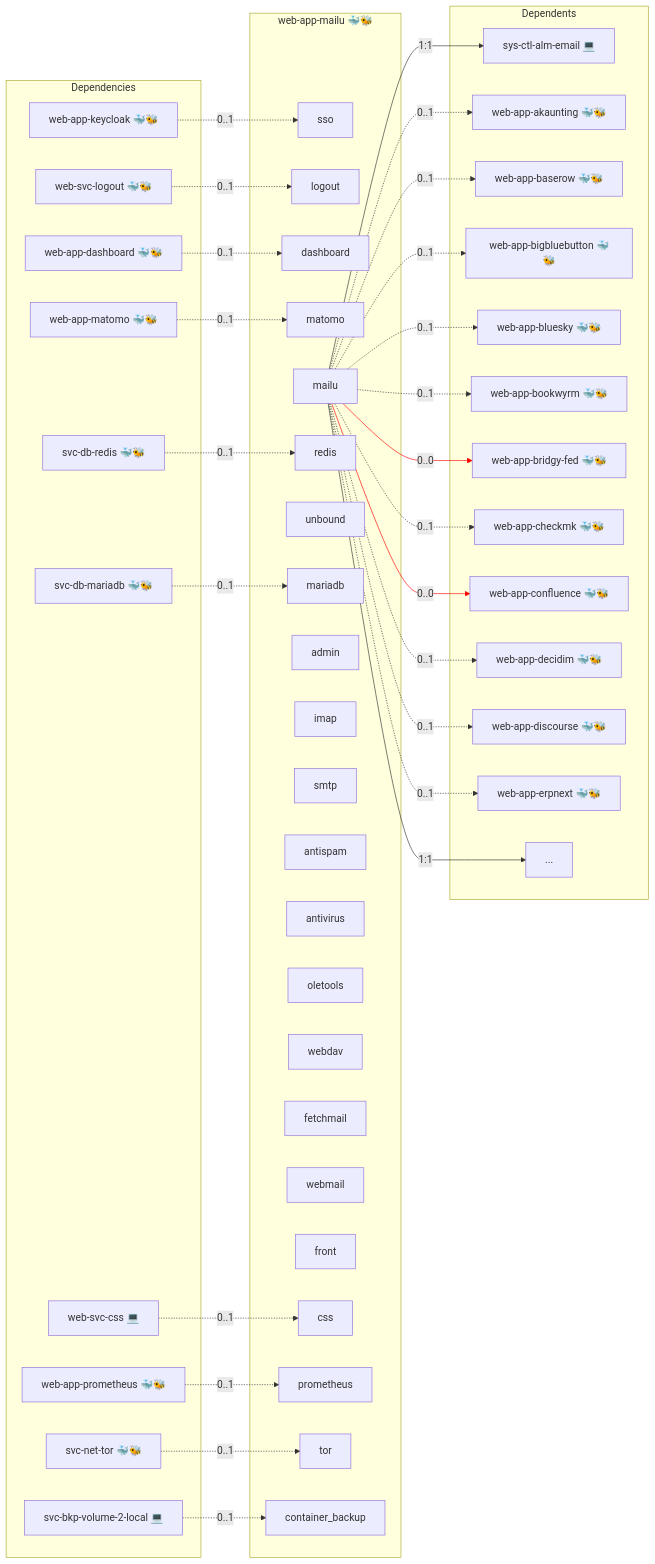
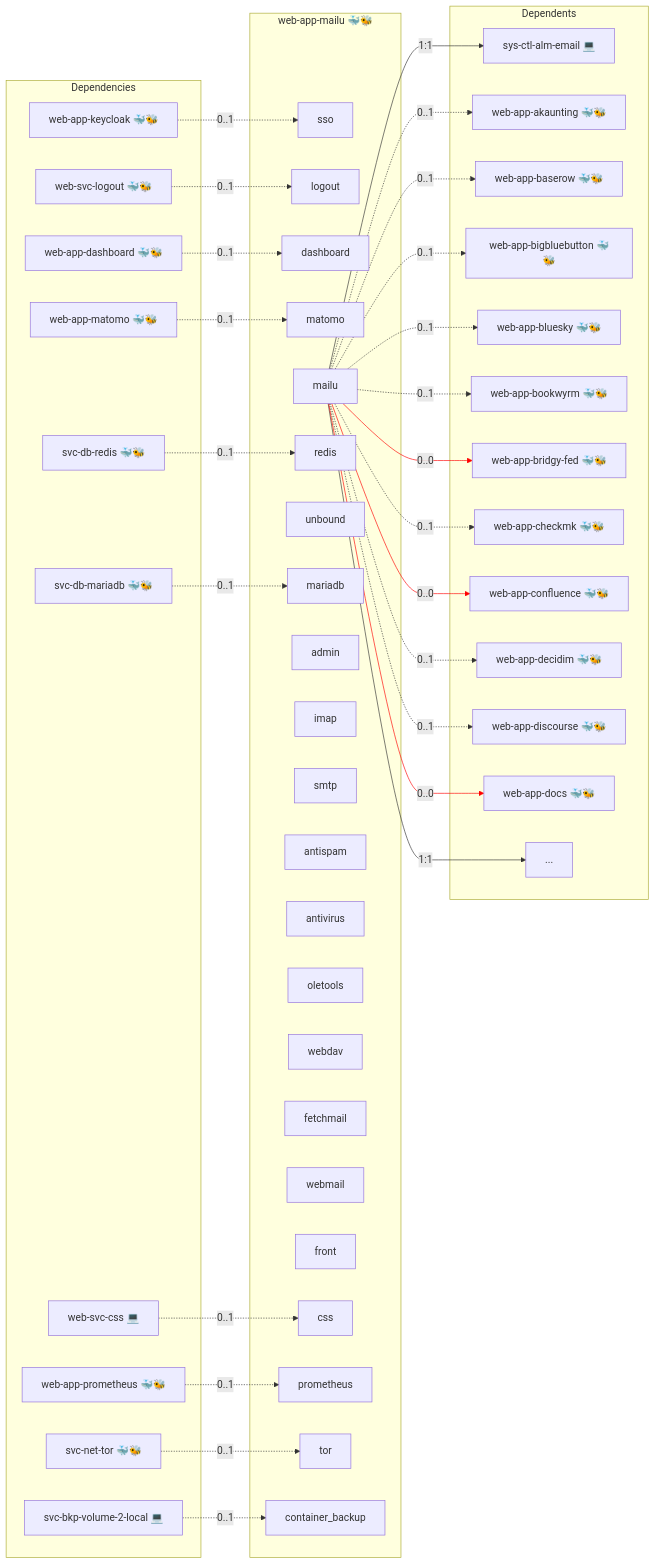
The diagram in roles/web-app-mailu/README.md (infinito-nexus/core), drawn with Mermaid before and after one commit. The commit also changed 83 other files, not shown here.

````diff
--- a/roles/web-app-mailu/README.md
+++ b/roles/web-app-mailu/README.md
@@ -20,78 +20,78 @@
 ```mermaid
 flowchart LR
     subgraph deps [Dependencies]
         dep_svc_bkp_volume_2_local["svc-bkp-volume-2-local 💻"]
         dep_svc_db_mariadb["svc-db-mariadb 🐳🐝"]
         dep_svc_db_redis["svc-db-redis 🐳🐝"]
         dep_svc_net_tor["svc-net-tor 🐳🐝"]
         dep_web_app_dashboard["web-app-dashboard 🐳🐝"]
         dep_web_app_keycloak["web-app-keycloak 🐳🐝"]
         dep_web_app_matomo["web-app-matomo 🐳🐝"]
         dep_web_app_prometheus["web-app-prometheus 🐳🐝"]
         dep_web_svc_css["web-svc-css 💻"]
         dep_web_svc_logout["web-svc-logout 🐳🐝"]
     end
     subgraph role [web-app-mailu 🐳🐝]
         svc_sso["sso"]
         svc_logout["logout"]
         svc_dashboard["dashboard"]
         svc_matomo["matomo"]
         svc_mailu["mailu"]
         svc_redis["redis"]
         svc_unbound["unbound"]
         svc_mariadb["mariadb"]
         svc_admin["admin"]
         svc_imap["imap"]
         svc_smtp["smtp"]
         svc_antispam["antispam"]
         svc_antivirus["antivirus"]
         svc_oletools["oletools"]
         svc_webdav["webdav"]
         svc_fetchmail["fetchmail"]
         svc_webmail["webmail"]
         svc_front["front"]
         svc_css["css"]
         svc_prometheus["prometheus"]
         svc_tor["tor"]
         svc_container_backup["container_backup"]
     end
     subgraph dependents [Dependents]
         dpt_sys_ctl_alm_email["sys-ctl-alm-email 💻"]
         dpt_web_app_akaunting["web-app-akaunting 🐳🐝"]
         dpt_web_app_baserow["web-app-baserow 🐳🐝"]
         dpt_web_app_bigbluebutton["web-app-bigbluebutton 🐳🐝"]
         dpt_web_app_bluesky["web-app-bluesky 🐳🐝"]
         dpt_web_app_bookwyrm["web-app-bookwyrm 🐳🐝"]
         dpt_web_app_bridgy_fed["web-app-bridgy-fed 🐳🐝"]
         dpt_web_app_checkmk["web-app-checkmk 🐳🐝"]
         dpt_web_app_confluence["web-app-confluence 🐳🐝"]
         dpt_web_app_decidim["web-app-decidim 🐳🐝"]
         dpt_web_app_discourse["web-app-discourse 🐳🐝"]
-        dpt_web_app_erpnext["web-app-erpnext 🐳🐝"]
+        dpt_web_app_docs["web-app-docs 🐳🐝"]
         dpt_more["..."]
     end
     dep_svc_bkp_volume_2_local -. "0..1" .-> svc_container_backup
     dep_svc_db_mariadb -. "0..1" .-> svc_mariadb
     dep_svc_db_redis -. "0..1" .-> svc_redis
     dep_svc_net_tor -. "0..1" .-> svc_tor
     dep_web_app_dashboard -. "0..1" .-> svc_dashboard
     dep_web_app_keycloak -. "0..1" .-> svc_sso
     dep_web_app_matomo -. "0..1" .-> svc_matomo
     dep_web_app_prometheus -. "0..1" .-> svc_prometheus
     dep_web_svc_css -. "0..1" .-> svc_css
     dep_web_svc_logout -. "0..1" .-> svc_logout
     svc_mailu -- "1:1" --> dpt_more
     svc_mailu -- "1:1" --> dpt_sys_ctl_alm_email
     svc_mailu -. "0..1" .-> dpt_web_app_akaunting
     svc_mailu -. "0..1" .-> dpt_web_app_baserow
     svc_mailu -. "0..1" .-> dpt_web_app_bigbluebutton
     svc_mailu -. "0..1" .-> dpt_web_app_bluesky
     svc_mailu -. "0..1" .-> dpt_web_app_bookwyrm
     svc_mailu -- "0..0" --> dpt_web_app_bridgy_fed
     svc_mailu -. "0..1" .-> dpt_web_app_checkmk
     svc_mailu -- "0..0" --> dpt_web_app_confluence
     svc_mailu -. "0..1" .-> dpt_web_app_decidim
     svc_mailu -. "0..1" .-> dpt_web_app_discourse
-    svc_mailu -. "0..1" .-> dpt_web_app_erpnext
-    linkStyle 17,19 stroke:red;
+    svc_mailu -- "0..0" --> dpt_web_app_docs
+    linkStyle 17,19,22 stroke:red;
 ```
````
